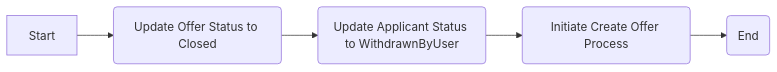
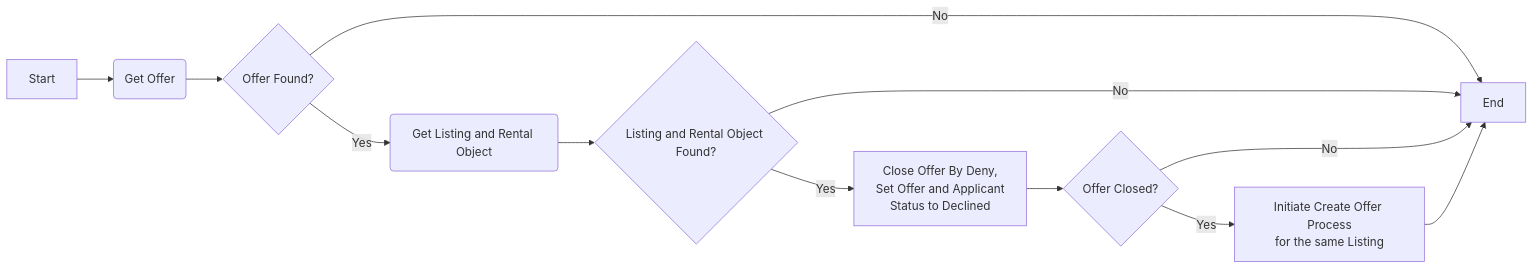
The first of 2 diagrams in core/src/processes/parkingspaces/internal/DOCS_Deny_Offer.md (Bostads-AB-Mimer/onecore), drawn with Mermaid before and after one commit. The commit also changed other lines of this file and 9 other files, not shown here.

````diff
--- a/core/src/processes/parkingspaces/internal/DOCS_Deny_Offer.md
+++ b/core/src/processes/parkingspaces/internal/DOCS_Deny_Offer.md
@@ -5,8 +11,14 @@
 ```mermaid
 flowchart LR
-A[Start] -->B(Update Offer Status to Closed)
-B --> C(Update Applicant Status to WithdrawnByUser)
-C --> D(Initiate Create Offer Process)
-D --> O(End)
-
+A[Start] --> B(Get Offer)
+B --> Bo{Offer Found?}
+Bo --> |No| O[End]
+Bo --> |Yes| C(Get Listing and Rental Object)
+C --> Co{Listing and Rental Object Found?}
+Co --> |No| O
+Co --> |Yes| D[Close Offer By Deny,<br/>Set Offer and Applicant<br/>Status to Declined]
+D --> Do{Offer Closed?}
+Do --> |No| O
+Do --> |Yes| E[Initiate Create Offer Process<br/>for the same Listing]
+E --> O
 ```
````
